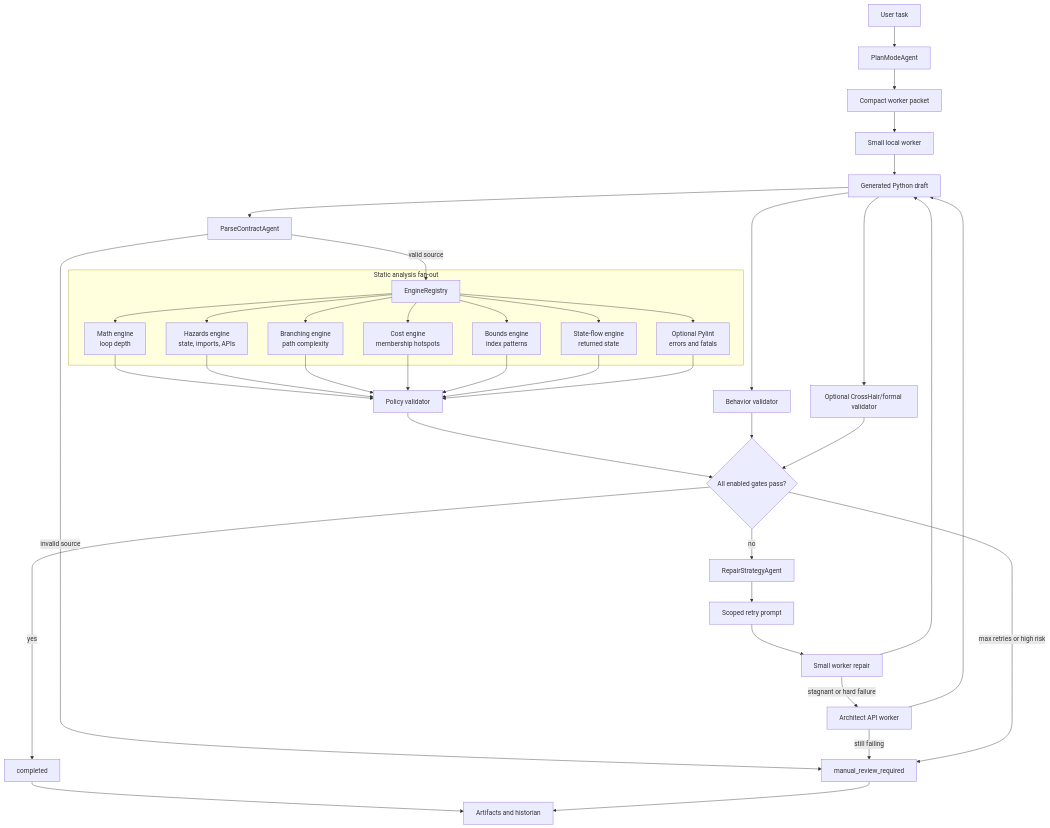
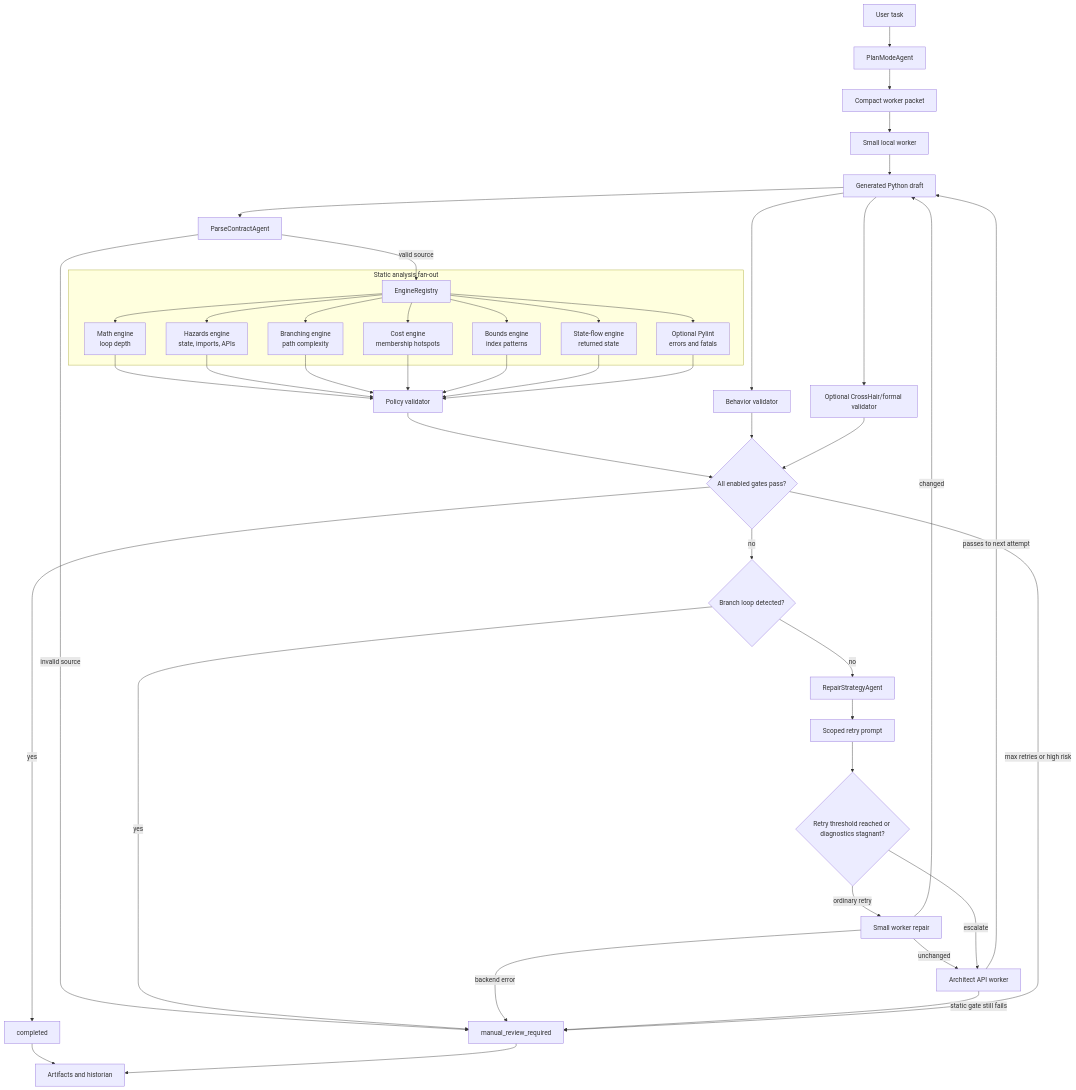
Before and after one commit to KhushalP0126/agent_small_harness: the second of 2 diagrams in README.md, drawn with Mermaid. The commit also changed other lines of this file, not shown here.

Commit message:
correct runtime diagrams and API documentation

````diff
--- a/README.md
+++ b/README.md
@@ -140,49 +144,53 @@
 ```mermaid
 flowchart TD
     task[User task] --> plan[PlanModeAgent]
     plan --> packet[Compact worker packet]
     packet --> worker[Small local worker]
     worker --> draft[Generated Python draft]
 
     draft --> parse[ParseContractAgent]
     parse -->|invalid source| review[manual_review_required]
     parse -->|valid source| registry[EngineRegistry]
 
     subgraph static[Static analysis fan-out]
         registry --> math[Math engine<br/>loop depth]
         registry --> hazards[Hazards engine<br/>state, imports, APIs]
         registry --> branching[Branching engine<br/>path complexity]
         registry --> cost[Cost engine<br/>membership hotspots]
         registry --> bounds[Bounds engine<br/>index patterns]
         registry --> stateflow[State-flow engine<br/>returned state]
         registry --> lint[Optional Pylint<br/>errors and fatals]
     end
 
     math --> policy[Policy validator]
     hazards --> policy
     branching --> policy
     cost --> policy
     bounds --> policy
     stateflow --> policy
     lint --> policy
 
     draft --> behavior[Behavior validator]
     draft --> formal[Optional CrossHair/formal validator]
     policy --> gates{All enabled gates pass?}
     behavior --> gates
     formal --> gates
 
     gates -->|yes| completed[completed]
     completed --> artifacts[Artifacts and historian]
 
-    gates -->|no| strategy[RepairStrategyAgent]
+    gates -->|no| branch{Branch loop detected?}
+    branch -->|yes| review
+    branch -->|no| strategy[RepairStrategyAgent]
     strategy --> retry[Scoped retry prompt]
-    retry --> repair[Small worker repair]
-    repair --> draft
-
-    repair -->|stagnant or hard failure| architect[Architect API worker]
-    architect --> draft
-    architect -->|still failing| review
+    retry --> mode{Retry threshold reached or diagnostics stagnant?}
+    mode -->|ordinary retry| repair[Small worker repair]
+    repair -->|changed| draft
+    repair -->|unchanged| architect[Architect API worker]
+    repair -->|backend error| review
+    mode -->|escalate| architect
+    architect -->|passes to next attempt| draft
+    architect -->|static gate still fails| review
     gates -->|max retries or high risk| review
     review --> artifacts
 ```
````
